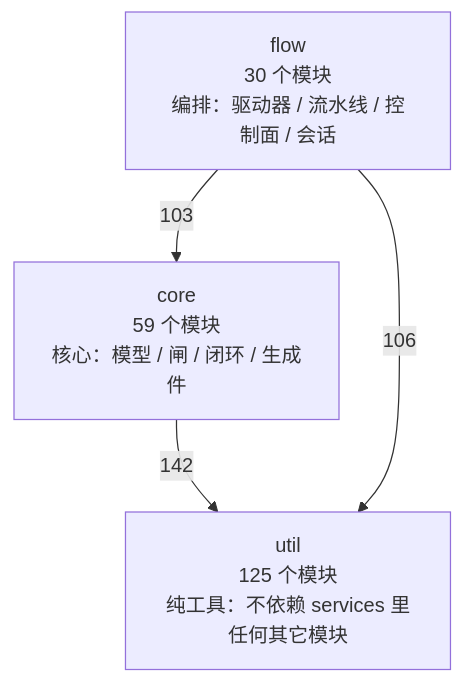
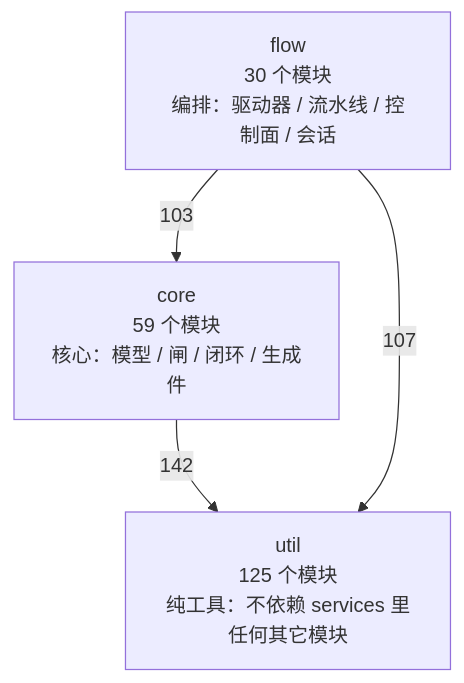
One commit to 2686521696/WhyBuddy changed the first of 4 diagrams in docs/SlideRule V6.2 架构图（自动生成）.md. Above: the diagram before and after it, drawn with Mermaid. The commit also changed other lines of this file and 1 other file, not shown here.

First line of the commit message:
重新生成四份架构图：grok 对照物换到当前 rev，Python 图补上新边。

````diff
--- a/docs/SlideRule V6.2 架构图（自动生成）.md
+++ b/docs/SlideRule V6.2 架构图（自动生成）.md
@@ -48,9 +48,9 @@
 ```mermaid
 flowchart TB
   util["util<br/>125 个模块<br/>纯工具：不依赖 services 里任何其它模块"]
   core["core<br/>59 个模块<br/>核心：模型 / 闸 / 闭环 / 生成件"]
   flow["flow<br/>30 个模块<br/>编排：驱动器 / 流水线 / 控制面 / 会话"]
   core -->|142| util
   flow -->|103| core
-  flow -->|106| util
+  flow -->|107| util
 ```
````
